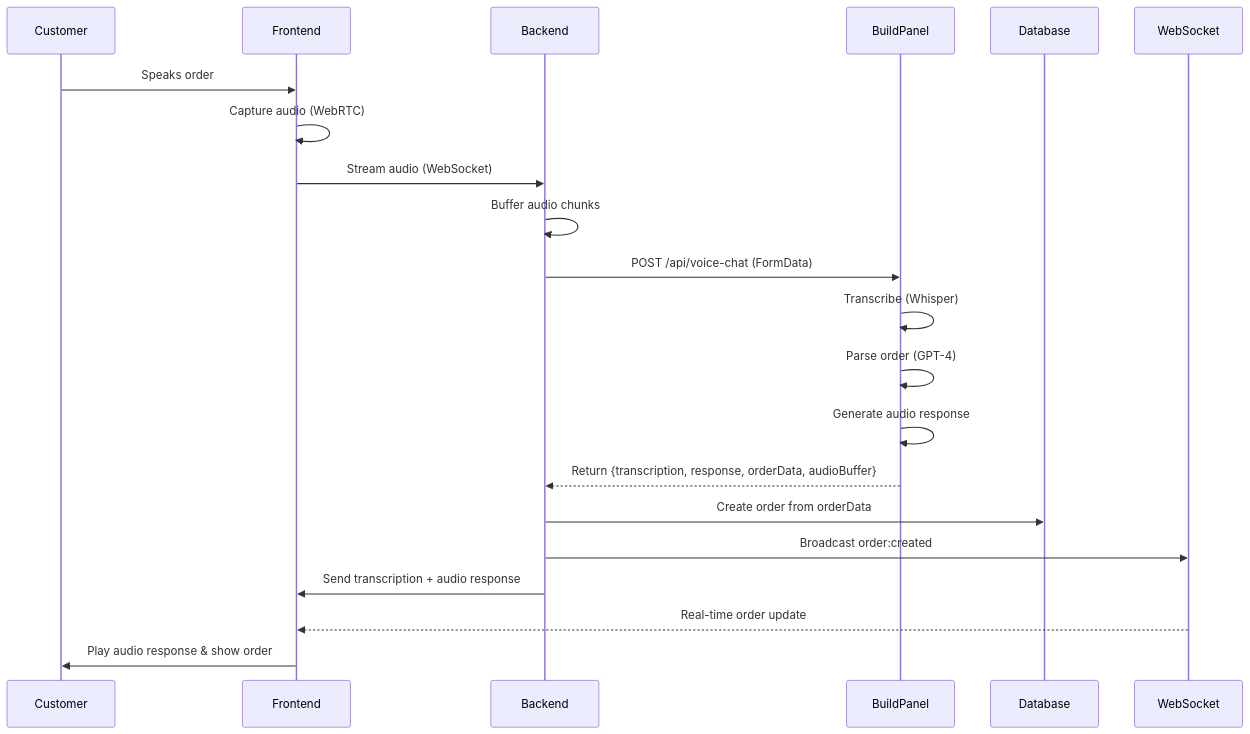
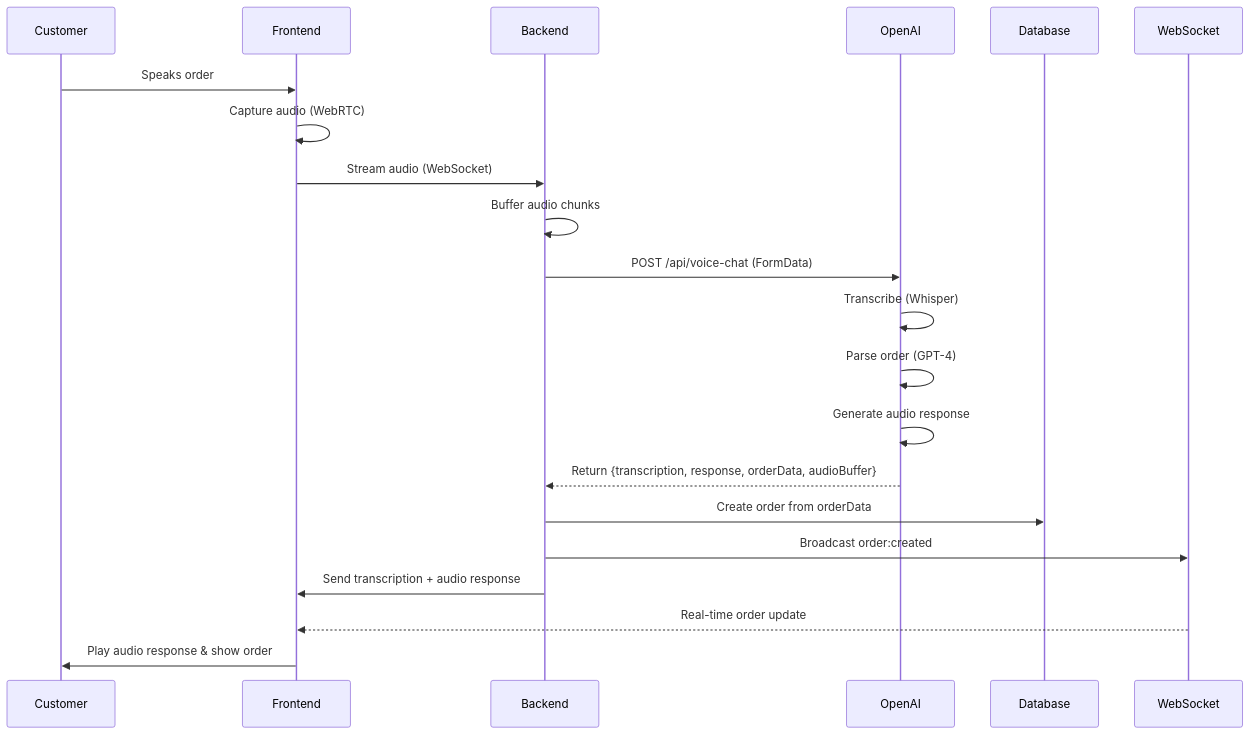
One commit to mikeyoung304/July25 changed the first of 8 diagrams in docs/DATA_FLOW_INTEGRATION.md. Above: the diagram before and after it, drawn with Mermaid. The commit also changed other lines of this file and 30 other files, not shown here.

Commit message:
chore: remove all BuildPanel references; replace with OpenAI; add CI guards

````diff
--- a/docs/DATA_FLOW_INTEGRATION.md
+++ b/docs/DATA_FLOW_INTEGRATION.md
@@ -47,24 +47,24 @@
 ```mermaid
 sequenceDiagram
     participant Customer
     participant Frontend
     participant Backend
-    participant BuildPanel
+    participant OpenAI
     participant Database
     participant WebSocket
     
     Customer->>Frontend: Speaks order
     Frontend->>Frontend: Capture audio (WebRTC)
     Frontend->>Backend: Stream audio (WebSocket)
     Backend->>Backend: Buffer audio chunks
-    Backend->>BuildPanel: POST /api/voice-chat (FormData)
-    BuildPanel->>BuildPanel: Transcribe (Whisper)
-    BuildPanel->>BuildPanel: Parse order (GPT-4)
-    BuildPanel->>BuildPanel: Generate audio response
-    BuildPanel-->>Backend: Return {transcription, response, orderData, audioBuffer}
+    Backend->>OpenAI: POST /api/voice-chat (FormData)
+    OpenAI->>OpenAI: Transcribe (Whisper)
+    OpenAI->>OpenAI: Parse order (GPT-4)
+    OpenAI->>OpenAI: Generate audio response
+    OpenAI-->>Backend: Return {transcription, response, orderData, audioBuffer}
     Backend->>Database: Create order from orderData
     Backend->>WebSocket: Broadcast order:created
     Backend->>Frontend: Send transcription + audio response
     WebSocket-->>Frontend: Real-time order update
     Frontend->>Customer: Play audio response & show order
 ```
````
